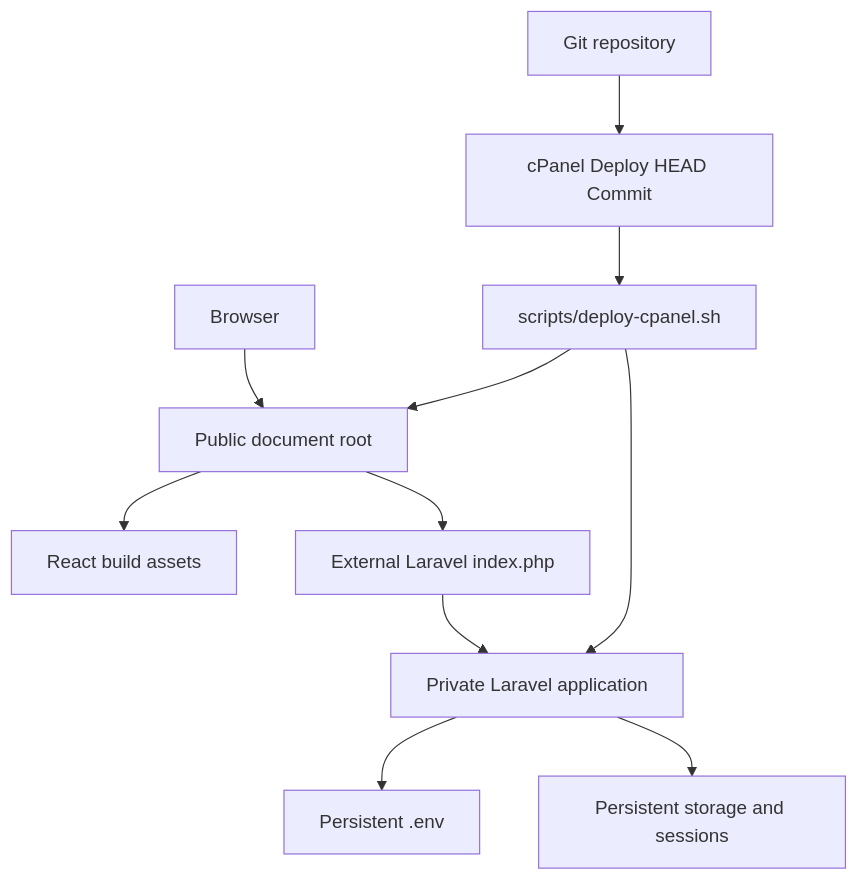
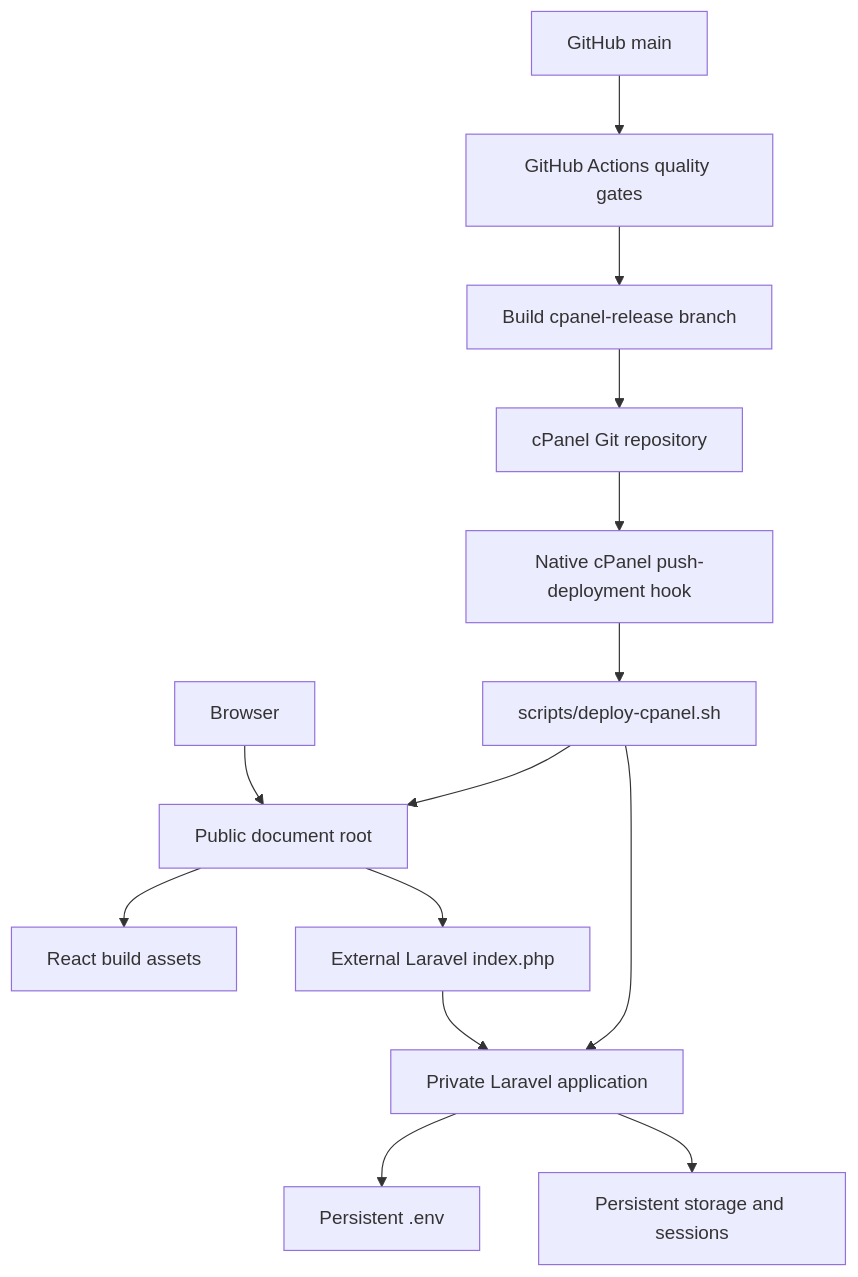
One commit to valo-systems/phatsema changed the diagram in docs/deployment-cpanel.md. Above: the diagram before and after it, drawn with Mermaid. The commit also changed other lines of this file and 5 other files, not shown here.

Commit message:
Automate production deployment to cPanel

````diff
--- a/docs/deployment-cpanel.md
+++ b/docs/deployment-cpanel.md
@@ -7,14 +7,17 @@
 ```mermaid
 flowchart TD
     Browser["Browser"] --> Docroot["Public document root"]
     Docroot --> Static["React build assets"]
     Docroot --> Front["External Laravel index.php"]
     Front --> Private["Private Laravel application"]
     Private --> Env["Persistent .env"]
     Private --> Storage["Persistent storage and sessions"]
 
-    Repo["Git repository"] --> CPanel["cPanel Deploy HEAD Commit"]
+    Main["GitHub main"] --> CI["GitHub Actions quality gates"]
+    CI --> Release["Build cpanel-release branch"]
+    Release --> Repo["cPanel Git repository"]
+    Repo --> CPanel["Native cPanel push-deployment hook"]
     CPanel --> Script["scripts/deploy-cpanel.sh"]
     Script --> Docroot
     Script --> Private
 ```
````
